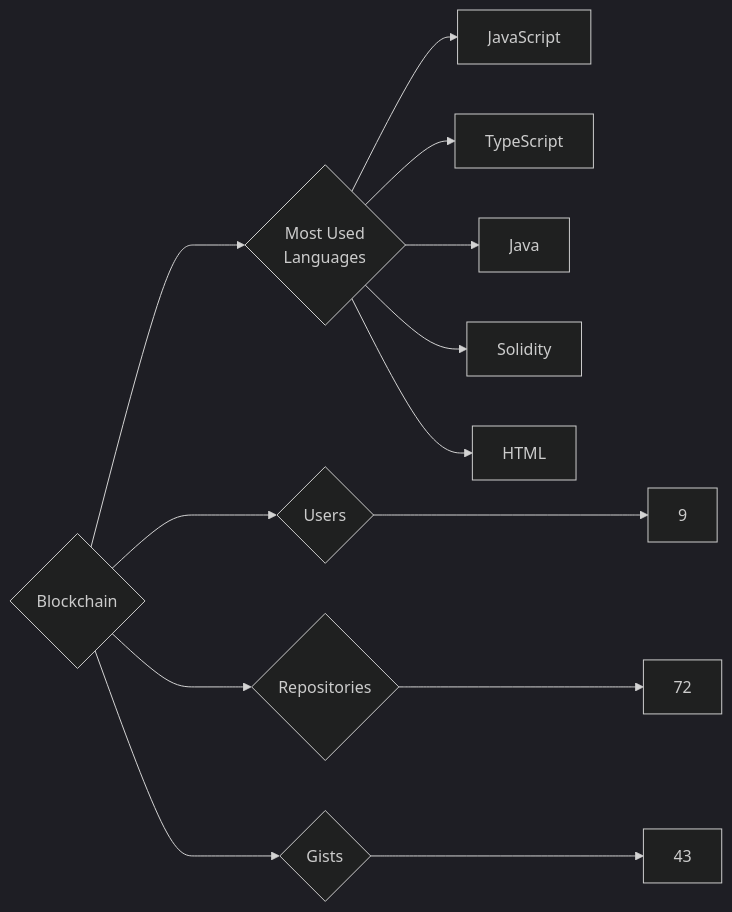
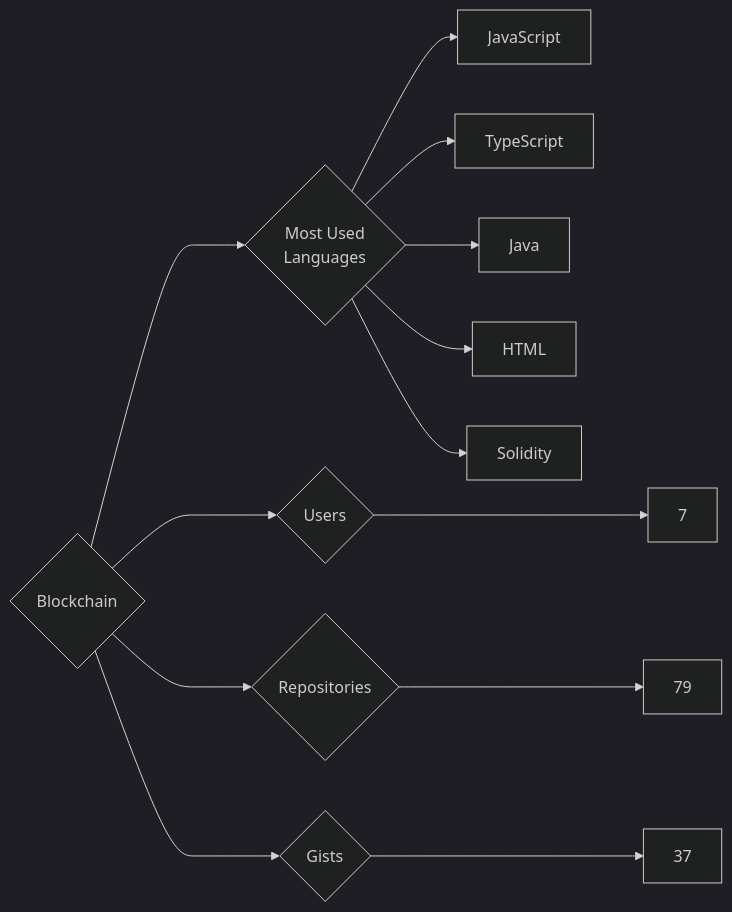
One commit to trickest/insiders changed the diagram in targets/Blockchain/README.md. Above: the diagram before and after it, drawn with Mermaid (dark theme). The commit also changed 1149 other files, not shown here.

````diff
--- a/targets/Blockchain/README.md
+++ b/targets/Blockchain/README.md
@@ -3,13 +3,13 @@
 ```mermaid
 graph LR
 COMPANY_NAME{Blockchain}
-COMPANY_NAME ---> U{Users} ---> UN[9]
-COMPANY_NAME ---> R{Repositories} ---> RN[72]
-COMPANY_NAME ---> G{Gists} ---> GN[43]
+COMPANY_NAME ---> U{Users} ---> UN[7]
+COMPANY_NAME ---> R{Repositories} ---> RN[79]
+COMPANY_NAME ---> G{Gists} ---> GN[37]
 COMPANY_NAME ---> ML{Most Used<br>Languages}
 ML --> JavaScript[JavaScript]
 ML --> TypeScript[TypeScript]
 ML --> Java[Java]
+ML --> HTML[HTML]
 ML --> Solidity[Solidity]
-ML --> HTML[HTML]
 ```
````
